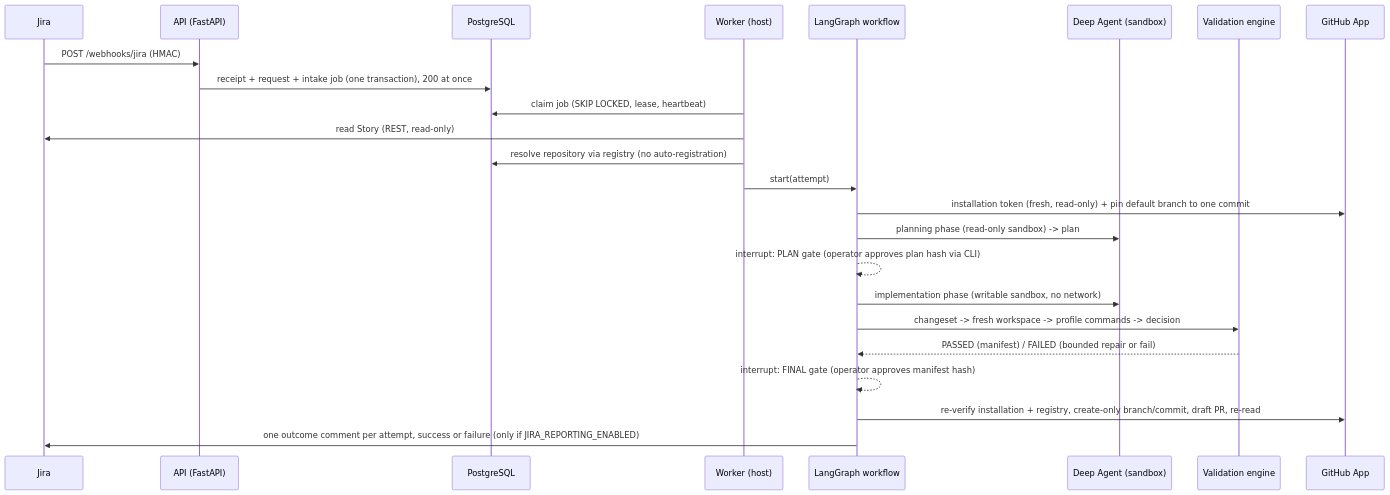
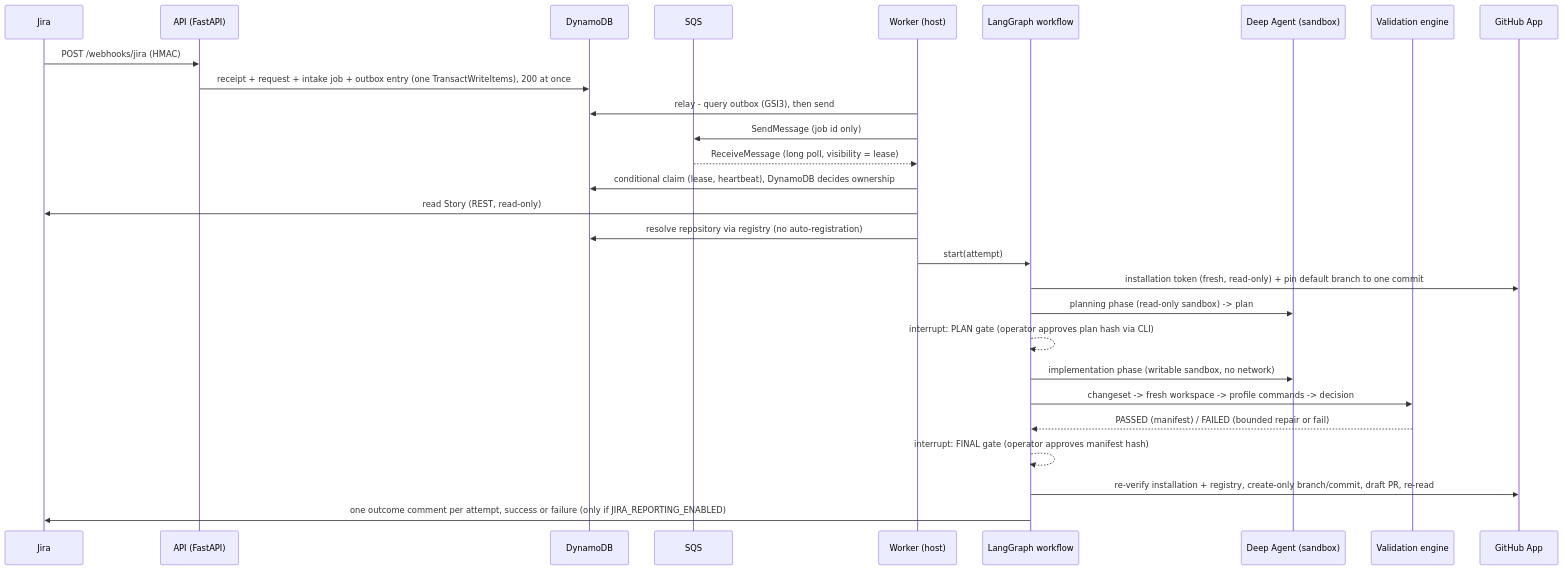
One commit to mr-nishanth/ai-code-change-agent changed the diagram in docs/ARCHITECTURE.md. Above: the diagram before and after it, drawn with Mermaid. The commit also changed other lines of this file and 24 other files, not shown here.

````diff
--- a/docs/ARCHITECTURE.md
+++ b/docs/ARCHITECTURE.md
@@ -24,26 +26,30 @@
 ```mermaid
 sequenceDiagram
     participant J as Jira
     participant API as API (FastAPI)
-    participant DB as PostgreSQL
+    participant DB as DynamoDB
+    participant Q as SQS
     participant W as Worker (host)
     participant G as LangGraph workflow
     participant A as Deep Agent (sandbox)
     participant V as Validation engine
     participant GH as GitHub App
     J->>API: POST /webhooks/jira (HMAC)
-    API->>DB: receipt + request + intake job (one transaction), 200 at once
-    W->>DB: claim job (SKIP LOCKED, lease, heartbeat)
+    API->>DB: receipt + request + intake job + outbox entry (one TransactWriteItems), 200 at once
+    W->>DB: relay - query outbox (GSI3), then send
+    W->>Q: SendMessage (job id only)
+    Q-->>W: ReceiveMessage (long poll, visibility = lease)
+    W->>DB: conditional claim (lease, heartbeat), DynamoDB decides ownership
     W->>J: read Story (REST, read-only)
     W->>DB: resolve repository via registry (no auto-registration)
     W->>G: start(attempt)
     G->>GH: installation token (fresh, read-only) + pin default branch to one commit
     G->>A: planning phase (read-only sandbox) -> plan
     G-->>G: interrupt: PLAN gate (operator approves plan hash via CLI)
     G->>A: implementation phase (writable sandbox, no network)
     G->>V: changeset -> fresh workspace -> profile commands -> decision
     V-->>G: PASSED (manifest) / FAILED (bounded repair or fail)
     G-->>G: interrupt: FINAL gate (operator approves manifest hash)
     G->>GH: re-verify installation + registry, create-only branch/commit, draft PR, re-read
     G->>J: one outcome comment per attempt, success or failure (only if JIRA_REPORTING_ENABLED)
 ```
````
